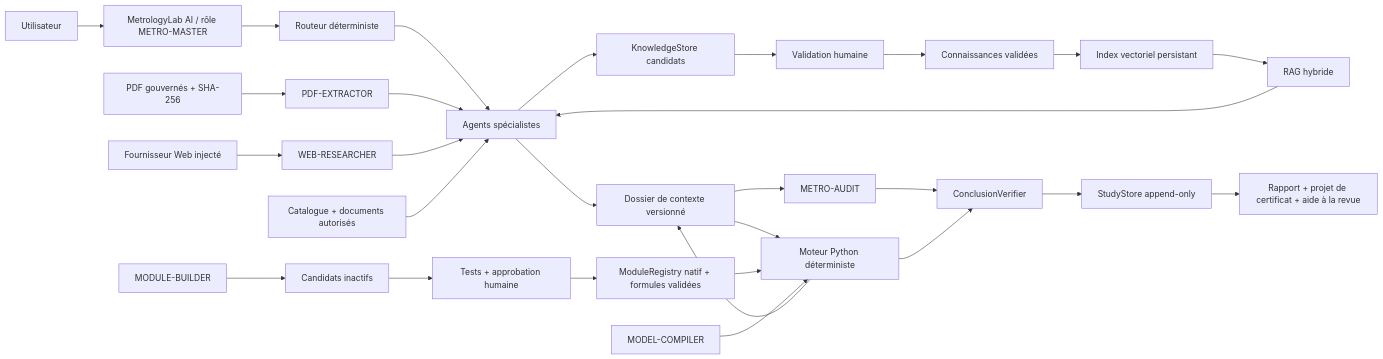
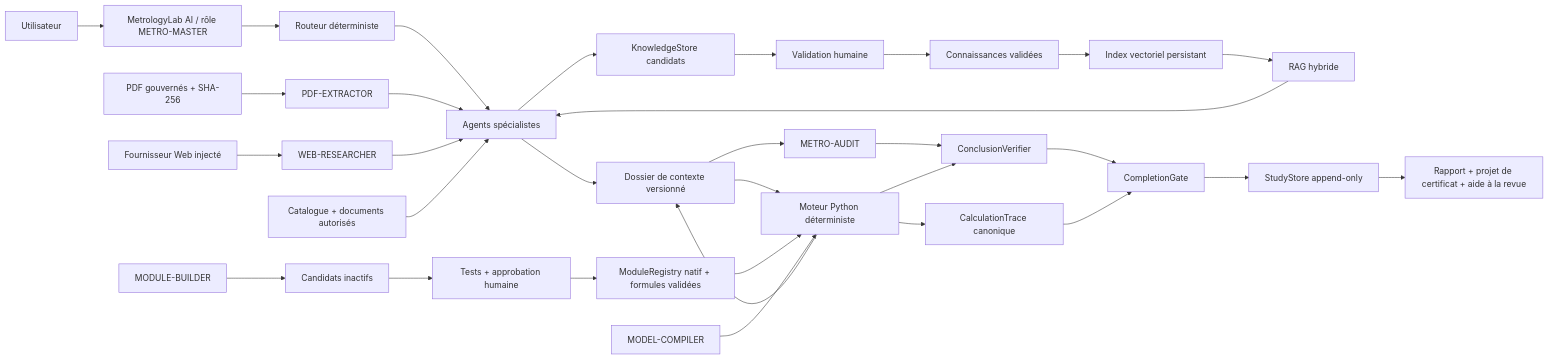
One commit to houblou/metro-master changed the diagram in docs/architecture.md. Above: the diagram before and after it, drawn with Mermaid. The commit also changed other lines of this file and 41 other files, not shown here.

````diff
--- a/docs/architecture.md
+++ b/docs/architecture.md
@@ -36,30 +36,33 @@
 ```mermaid
 flowchart LR
     U[Utilisateur] --> C[MetrologyLab AI / rôle METRO-MASTER]
     C --> R[Routeur déterministe]
     R --> A[Agents spécialistes]
     P[PDF gouvernés + SHA-256] --> X[PDF-EXTRACTOR]
     X --> A
     W[Fournisseur Web injecté] --> S[WEB-RESEARCHER]
     S --> A
     A --> Z[KnowledgeStore candidats]
     Z --> V[Validation humaine]
     V --> J[Connaissances validées]
     J --> I[Index vectoriel persistant]
     I --> G[RAG hybride]
     G --> A
     A --> D[Dossier de contexte versionné]
     D --> E[Moteur Python déterministe]
     M[ModuleRegistry natif + formules validées] --> E
     B[MODULE-BUILDER] --> K[Candidats inactifs]
     K --> H[Tests + approbation humaine]
     H --> M
     L[Catalogue + documents autorisés] --> A
     E --> D
     D --> Q[METRO-AUDIT]
     T[MODEL-COMPILER] --> E
     Q --> F[ConclusionVerifier]
     E --> F
-    F --> Y[StudyStore append-only]
+    F --> P2[CompletionGate]
+    E --> T2[CalculationTrace canonique]
+    T2 --> P2
+    P2 --> Y[StudyStore append-only]
     Y --> O[Rapport + projet de certificat + aide à la revue]
 ```
````
